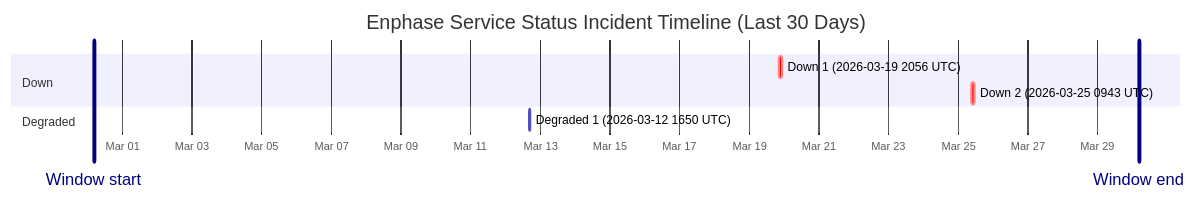
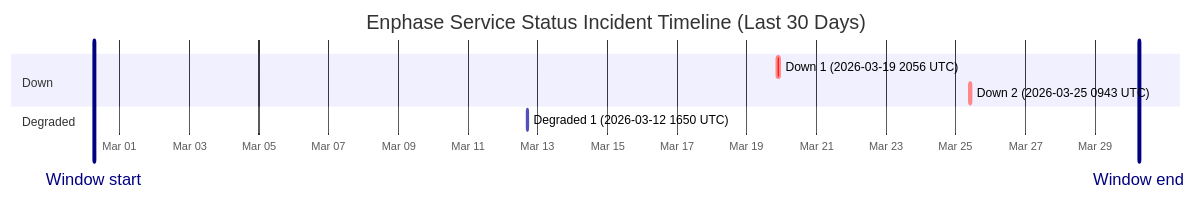
Before and after one commit to barneyonline/ha-enphase-ev-charger: the diagram in wiki/Service-Status-History.md, drawn with Mermaid. The commit also changed other lines of this file and 3 other files, not shown here.

````diff
--- a/wiki/Service-Status-History.md
+++ b/wiki/Service-Status-History.md
@@ -14,13 +14,13 @@
 ```mermaid
 gantt
     title Enphase Service Status Incident Timeline (Last 30 Days)
     dateFormat  YYYY-MM-DDTHH:mm:ss
     axisFormat  %b %d
-    Window start :vert, window-start, 2026-02-28T04:37:31, 0ms
-    Window end :vert, window-end, 2026-03-30T04:37:31, 0ms
+    Window start :vert, window-start, 2026-02-28T06:24:55, 0ms
+    Window end :vert, window-end, 2026-03-30T06:24:55, 0ms
     section Down
     Down 1 (2026-03-19 2056 UTC) :crit, down-1, 2026-03-19T20:56:20, 145m
     Down 2 (2026-03-25 0943 UTC) :crit, down-2, 2026-03-25T09:43:28, 111m
     section Degraded
     Degraded 1 (2026-03-12 1650 UTC) :active, degraded-1, 2026-03-12T16:50:43, 60m
 ```
````
